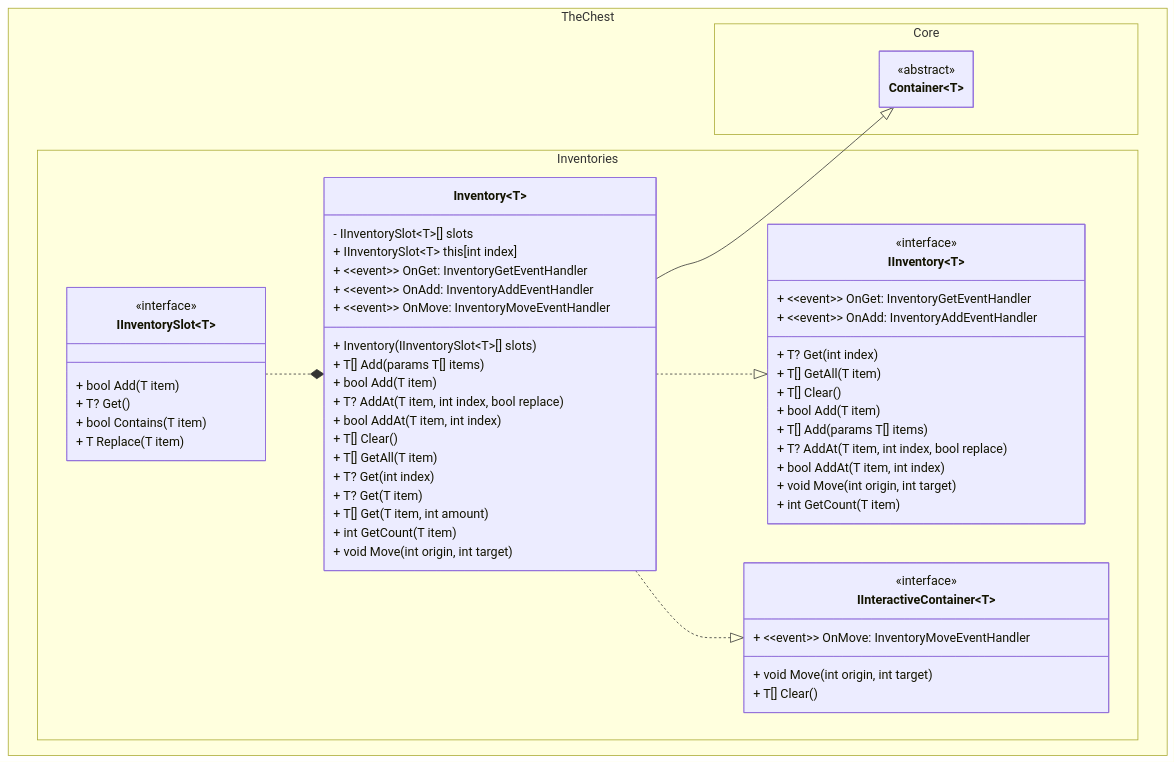
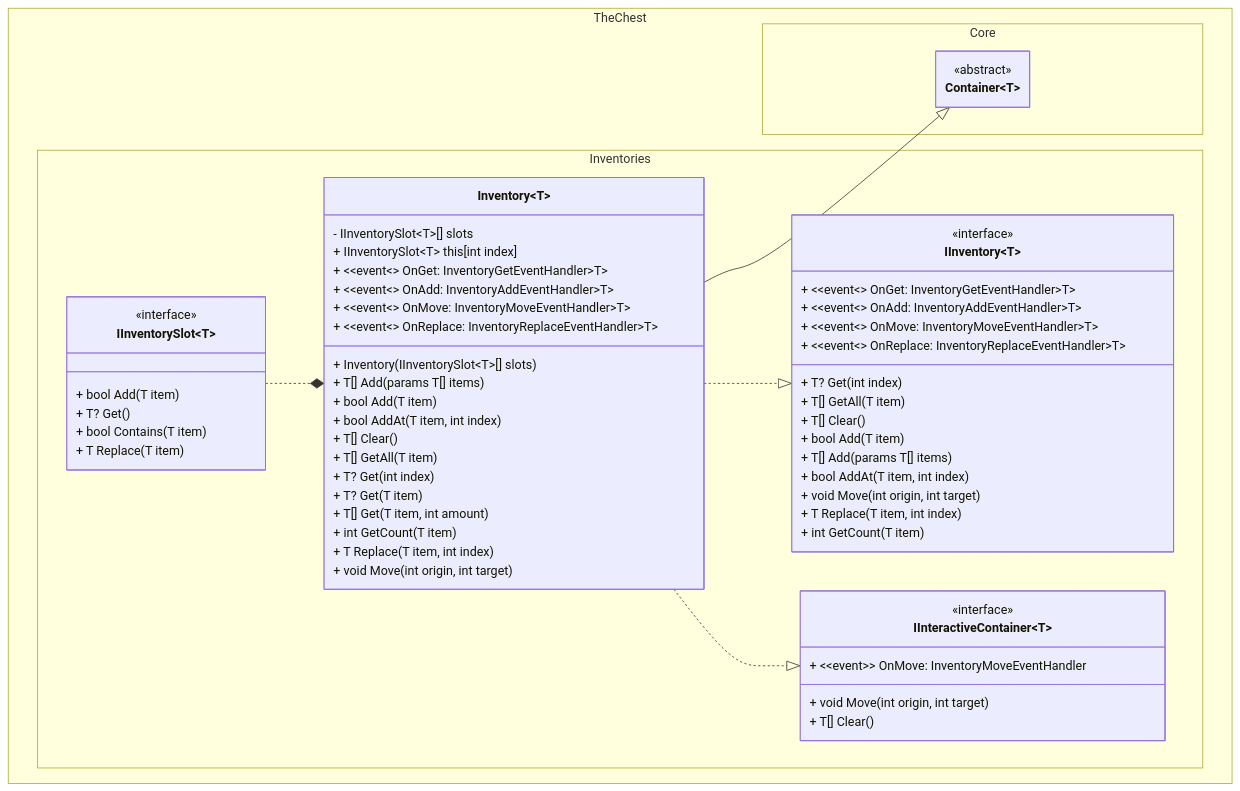
The first of 2 diagrams in docs/inventory/class_diagram.md (The-Chest/TheChest.Inventories), drawn with Mermaid before and after one commit. The commit also changed other lines of this file and 20 other files, not shown here.

````diff
--- a/docs/inventory/class_diagram.md
+++ b/docs/inventory/class_diagram.md
@@ -4,70 +4,73 @@
 ```mermaid
 ---
 config:
   theme: mc
   look: classic
   class:
     hideEmptyMembersBox: true
 ---
 classDiagram
 direction TB
 	namespace TheChest.Core {
         class Container~T~ {
         }
 	}
 	namespace TheChest.Inventories {
         class IInventory~T~ {
-	        + ~~event~~ OnGet: InventoryGetEventHandler 
-	        + ~~event~~ OnAdd: InventoryAddEventHandler 
+	        + ~~event~~ OnGet: InventoryGetEventHandler~T~ 
+	        + ~~event~~ OnAdd: InventoryAddEventHandler~T~ 
+	        + ~~event~~ OnMove: InventoryMoveEventHandler~T~ 
+	        + ~~event~~ OnReplace: InventoryReplaceEventHandler~T~ 
             + T? Get(int index)
 	        + T[] GetAll(T item)
 	        + T[] Clear()
 	        + bool Add(T item)
 	        + T[] Add(params T[] items)
-	        + T? AddAt(T item, int index, bool replace)
 	        + bool AddAt(T item, int index)
 	        + void Move(int origin, int target)
+	        + T Replace(T item, int index)
 	        + int GetCount(T item)
         }
         class IInventorySlot~T~ {
 	        + bool Add(T item)
 	        + T? Get()
 	        + bool Contains(T item)
 	        + T Replace(T item)
         }
         class Inventory~T~ {
 	        - IInventorySlot~T~[] slots
 	        + IInventorySlot~T~ this[int index]
-	        + ~~event~~ OnGet: InventoryGetEventHandler 
-	        + ~~event~~ OnAdd: InventoryAddEventHandler 
-            + ~~event~~ OnMove: InventoryMoveEventHandler 
+	        + ~~event~~ OnGet: InventoryGetEventHandler~T~ 
+	        + ~~event~~ OnAdd: InventoryAddEventHandler~T~ 
+	        + ~~event~~ OnMove: InventoryMoveEventHandler~T~ 
+	        + ~~event~~ OnReplace: InventoryReplaceEventHandler~T~ 
 	        + Inventory(IInventorySlot~T~[] slots)
             + T[] Add(params T[] items)
 	        + bool Add(T item)
-	        + T? AddAt(T item, int index, bool replace)
 	        + bool AddAt(T item, int index)
 	        + T[] Clear()
 	        + T[] GetAll(T item)
 	        + T? Get(int index)
 	        + T? Get(T item)
 	        + T[] Get(T item, int amount)
 	        + int GetCount(T item)
+	        + T Replace(T item, int index)
 	        + void Move(int origin, int target)
         }
         class IInteractiveContainer~T~{
 	        + ~~event~~ OnMove: InventoryMoveEventHandler 
             + void Move(int origin, int target)
             + T[] Clear()
         } 
 	}
 
 	<<abstract>> Container
 	<<interface>> IInventory
 	<<interface>> IInventorySlot
 	<<interface>> IInteractiveContainer
 
     Inventory --|> Container
     Inventory ..|> IInventory
     Inventory ..|> IInteractiveContainer
     IInventorySlot ..* Inventory
 ```
````
